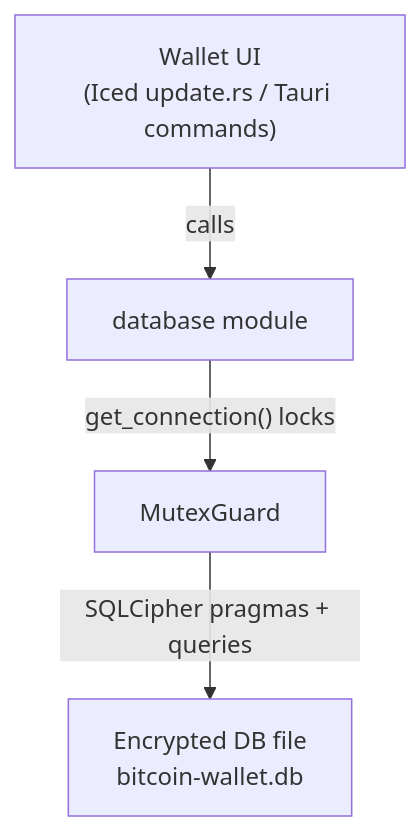
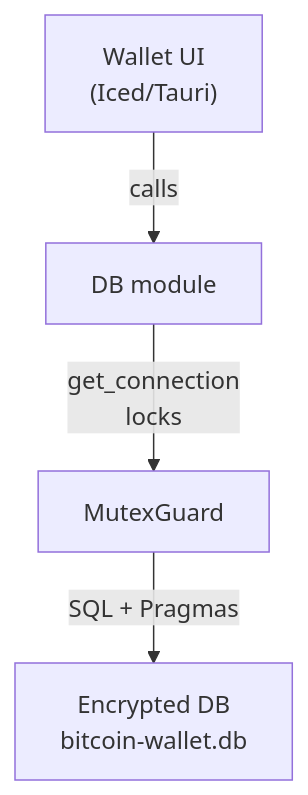
One commit to bkunyiha/blockchain changed the diagram in book-draft/embedded-database/06-Embedded-Database.md. Above: the diagram before and after it, drawn with Mermaid. The commit also changed other lines of this file and 133 other files, not shown here.

````diff
--- a/book-draft/embedded-database/06-Embedded-Database.md
+++ b/book-draft/embedded-database/06-Embedded-Database.md
@@ -132,6 +123,6 @@
 ```mermaid
 flowchart TB
-  UI["Wallet UI\n(Iced update.rs / Tauri commands)"] -->|"calls"| DB["database module"]
-  DB -->|"get_connection() locks"| Guard["MutexGuard<Connection>"]
-  Guard -->|"SQLCipher pragmas + queries"| File["Encrypted DB file\nbitcoin-wallet.db"]
+  UI["Wallet UI<br/>(Iced/Tauri)"] -->|calls| DB["DB module"]
+  DB -->|get_connection<br/>locks| Guard["MutexGuard"]
+  Guard -->|SQL + Pragmas| File["Encrypted DB<br/>bitcoin-wallet.db"]
 ```
````
